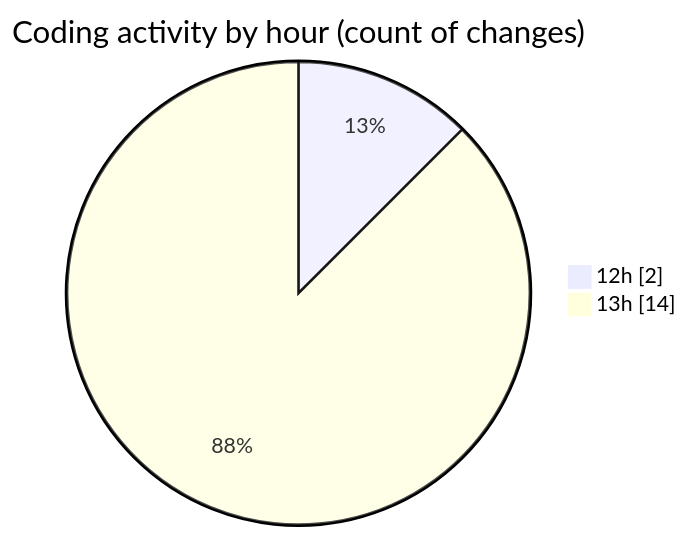
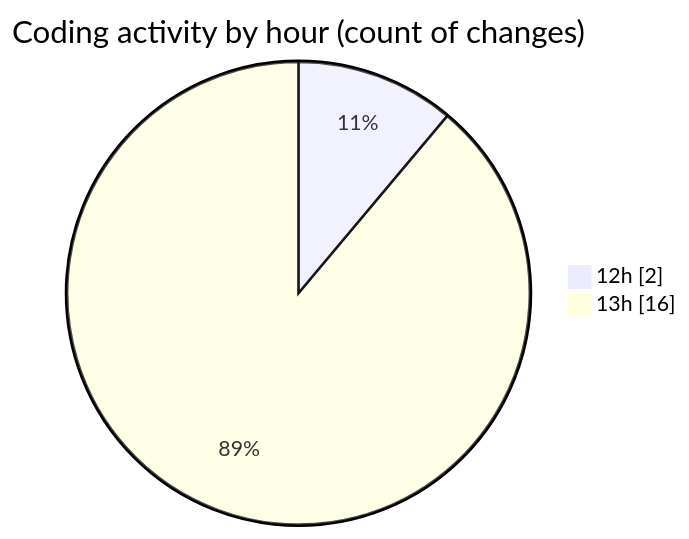
The second of 2 diagrams in 2025-06-20/studio-backend/README.md (idhammustaqopulfikri/code-tracking), drawn with Mermaid before and after one commit. The commit also changed other lines of this file and 1 other file, not shown here.

````diff
--- a/2025-06-20/studio-backend/README.md
+++ b/2025-06-20/studio-backend/README.md
@@ -31,6 +31,6 @@
 ```mermaid
 pie showData
 title Coding activity by hour (count of changes)
 "12h" : 2
-"13h" : 14
+"13h" : 16
 ```
````
